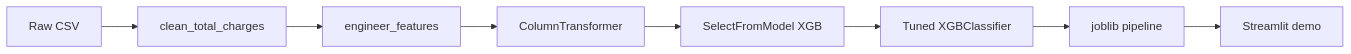
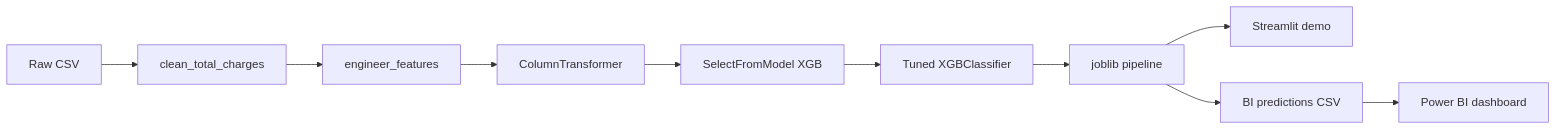
One commit to Rickylam0303/enterprise-customer-churn changed the diagram in README.md. Above: the diagram before and after it, drawn with Mermaid. The commit also changed other lines of this file and 9 other files, not shown here.

Commit message:
Add Power BI dashboard and ML predictions export for portfolio.

````diff
--- a/README.md
+++ b/README.md
@@ -50,10 +50,12 @@
 ```mermaid
 flowchart LR
   raw[Raw CSV] --> clean[clean_total_charges]
   clean --> eng[engineer_features]
   eng --> prep[ColumnTransformer]
   prep --> select[SelectFromModel XGB]
   select --> clf[Tuned XGBClassifier]
   clf --> artifact[joblib pipeline]
   artifact --> app[Streamlit demo]
+  artifact --> export[BI predictions CSV]
+  export --> pbi[Power BI dashboard]
 ```
````
